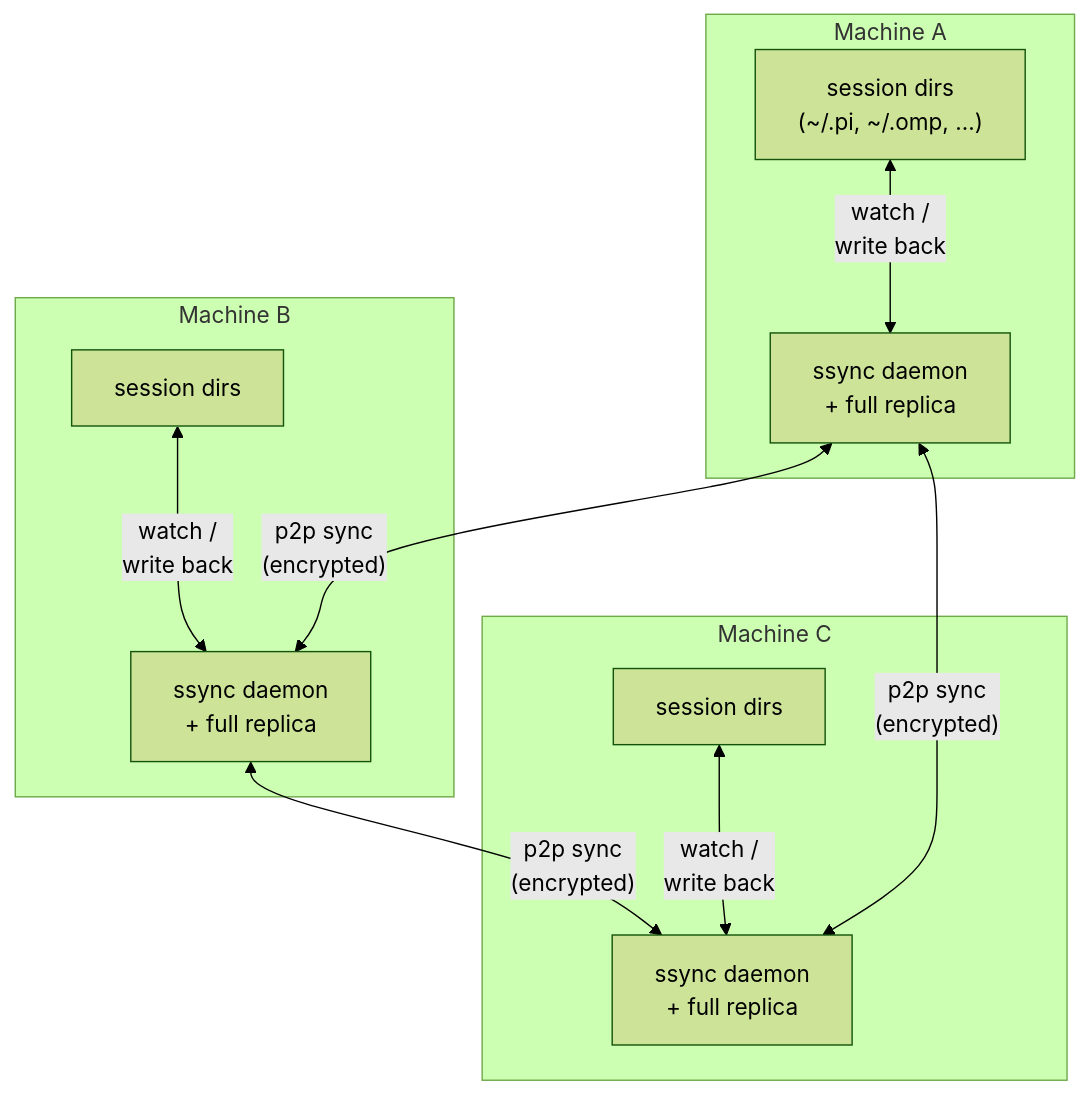
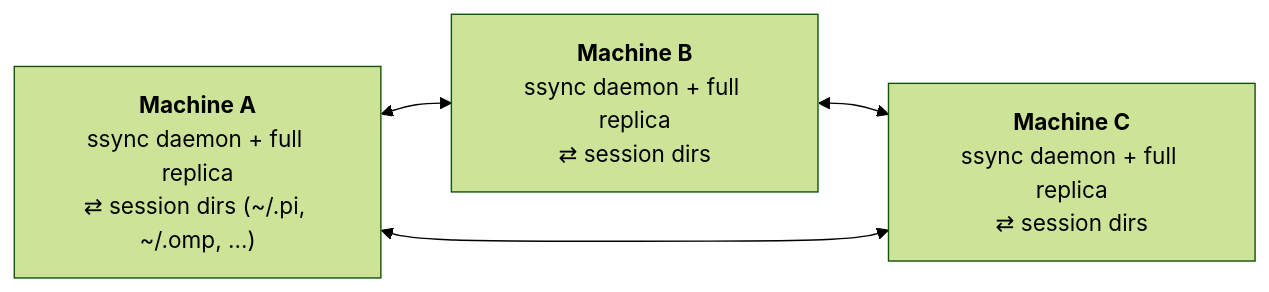
One commit to fosskar/ssync changed the diagram in README.md. Above: the diagram before and after it, drawn with Mermaid (forest theme). The commit also changed other lines of this file, not shown here.

Commit message:
docs: simplify README topology diagram
one box per machine, unlabeled symmetric mesh edges; subgraphs and
per-edge labels made GitHub's layouter scatter the machines. Drop the
stale "(one paragraph)" heading qualifier.

````diff
--- a/README.md
+++ b/README.md
@@ -41,16 +41,10 @@
 ```mermaid
-flowchart TB
-    subgraph A["Machine A"]
-        sA["session dirs<br>(~/.pi, ~/.omp, …)"] <-- "watch /<br>write back" --> dA["ssync daemon<br>+ full replica"]
-    end
-    subgraph B["Machine B"]
-        sB["session dirs"] <-- "watch /<br>write back" --> dB["ssync daemon<br>+ full replica"]
-    end
-    subgraph C["Machine C"]
-        sC["session dirs"] <-- "watch /<br>write back" --> dC["ssync daemon<br>+ full replica"]
-    end
+flowchart LR
+    A["<b>Machine A</b><br>ssync daemon + full replica<br>⇄ session dirs (~/.pi, ~/.omp, …)"]
+    B["<b>Machine B</b><br>ssync daemon + full replica<br>⇄ session dirs"]
+    C["<b>Machine C</b><br>ssync daemon + full replica<br>⇄ session dirs"]
 
-    dA <-- "p2p sync<br>(encrypted)" --> dB
-    dB <-- "p2p sync<br>(encrypted)" --> dC
-    dA <-- "p2p sync<br>(encrypted)" --> dC
+    A <--> B
+    B <--> C
+    A <--> C
 ```
````
